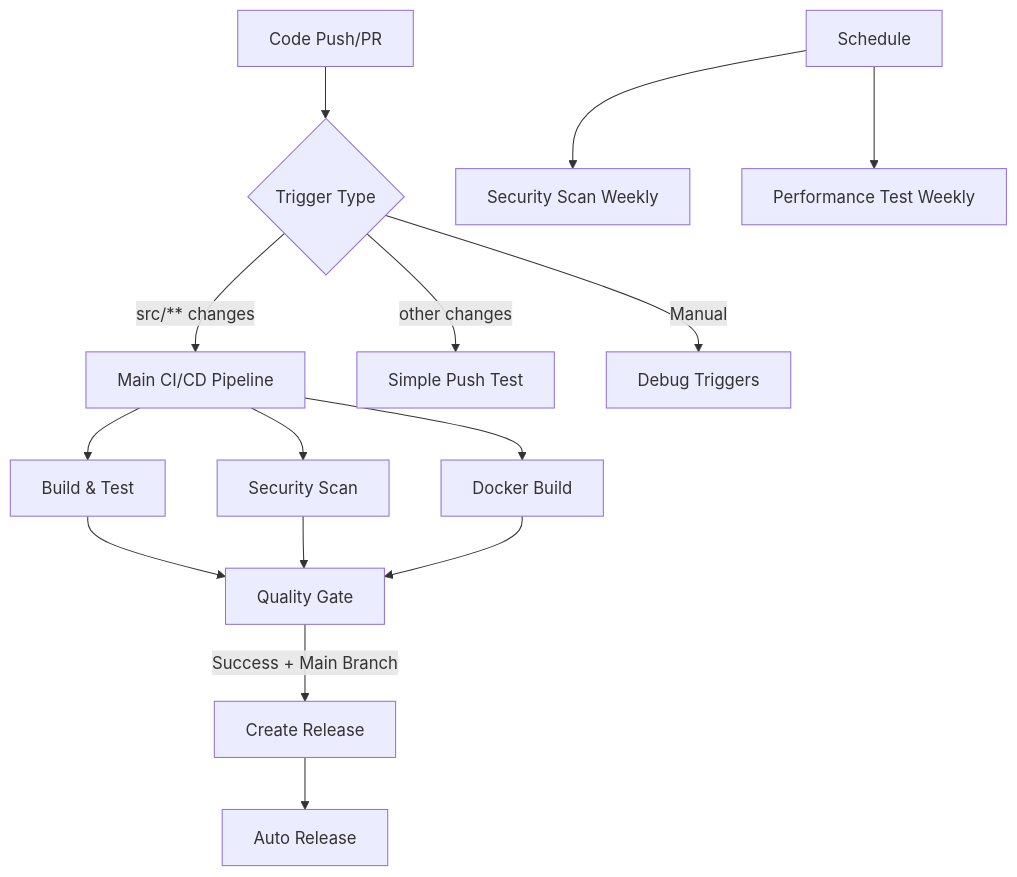
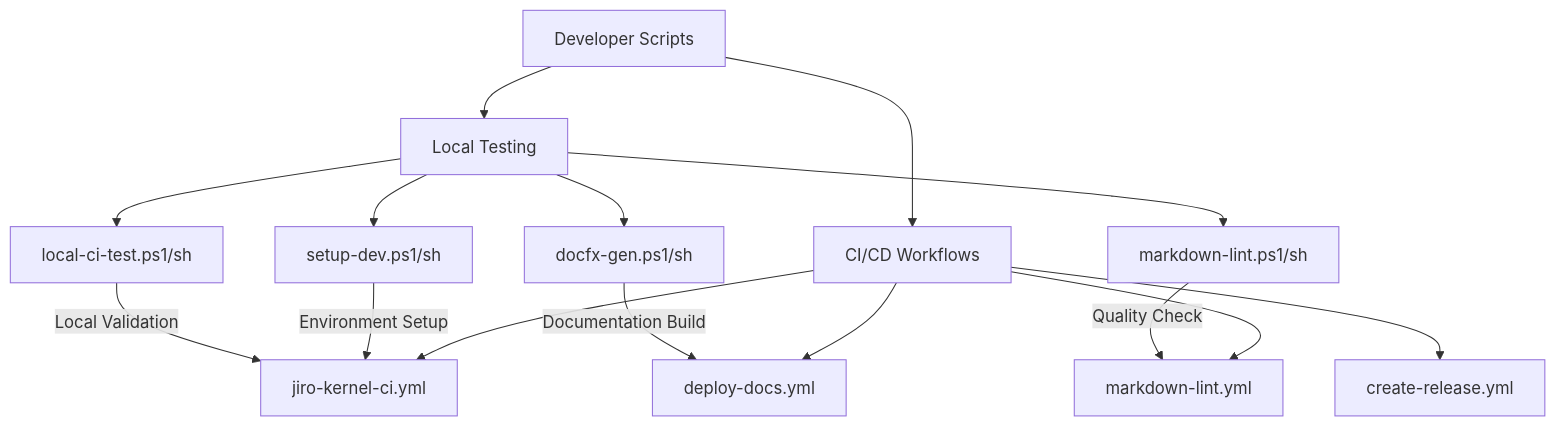
One commit to HueByte/Jiro changed the fourth of 4 diagrams in src/docs/workflow-pipelines.md. Above: the diagram before and after it, drawn with Mermaid. The commit also changed other lines of this file and 5 other files, not shown here.

Commit message:
Markdown lint fix

````diff
--- a/src/docs/workflow-pipelines.md
+++ b/src/docs/workflow-pipelines.md
@@ -670,20 +713,20 @@
 ```mermaid
 graph TD
-    A[Code Push/PR] --> B{Trigger Type}
-    B -->|src/** changes| C[Main CI/CD Pipeline]
-    B -->|other changes| D[Simple Push Test]
-    B -->|Manual| E[Debug Triggers]
+    A[Developer Scripts] --> B[Local Testing]
+    A --> C[CI/CD Workflows]
     
-    C --> F[Build & Test]
-    C --> G[Security Scan]
-    C --> H[Docker Build]
-    F --> I[Quality Gate]
-    G --> I
-    H --> I
+    B --> B1[setup-dev.ps1/sh]
+    B --> B2[local-ci-test.ps1/sh]
+    B --> B3[docfx-gen.ps1/sh]
+    B --> B4[markdown-lint.ps1/sh]
     
-    I -->|Success + Main Branch| J[Create Release]
-    J --> K[Auto Release]
+    C --> C1[deploy-docs.yml]
+    C --> C2[markdown-lint.yml]
+    C --> C3[jiro-kernel-ci.yml]
+    C --> C4[create-release.yml]
     
-    L[Schedule] --> M[Security Scan Weekly]
-    L --> N[Performance Test Weekly]
+    B1 --> |Environment Setup| C3
+    B2 --> |Local Validation| C3
+    B3 --> |Documentation Build| C1
+    B4 --> |Quality Check| C2
 ```
````
